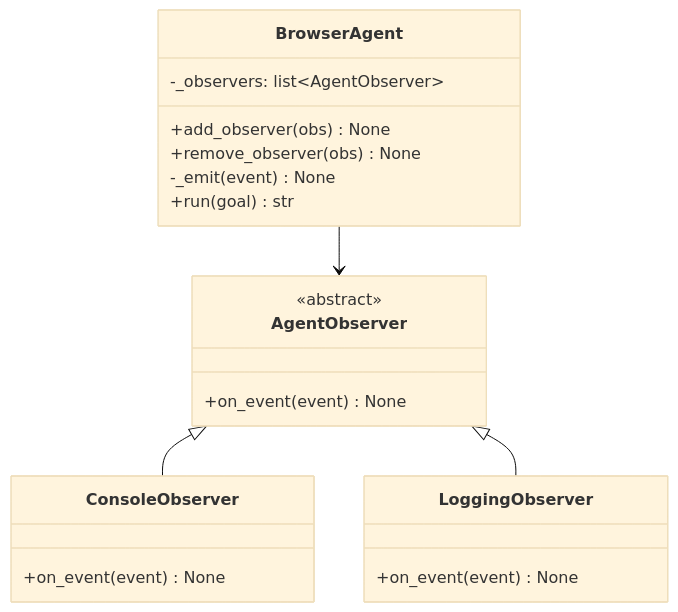
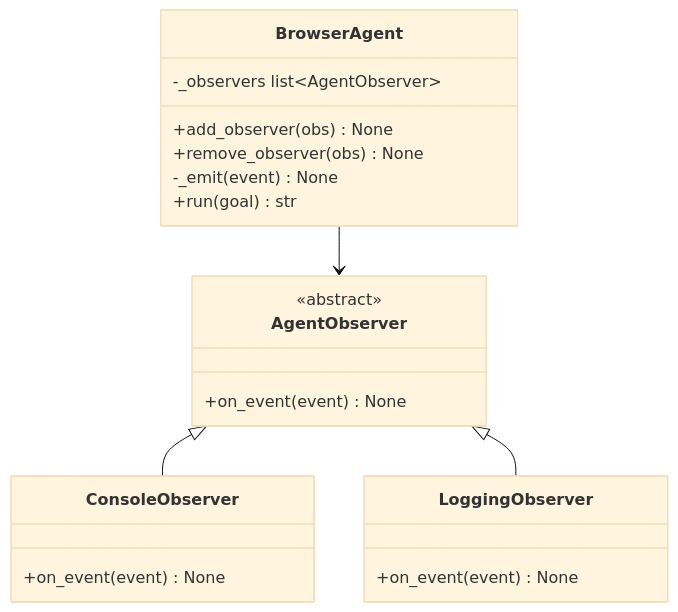
Before and after one commit to mattbriggs/this-or-that-agent: the fifth of 10 diagrams in site/design/software-design.md, drawn with Mermaid (base theme). The commit also changed other lines of this file and 11 other files, not shown here.

````diff
--- a/site/design/software-design.md
+++ b/site/design/software-design.md
@@ -82,23 +186,23 @@
 ```mermaid
 classDiagram
     class AgentObserver {
         <<abstract>>
         +on_event(event) None
     }
     class ConsoleObserver {
         +on_event(event) None
     }
     class LoggingObserver {
         +on_event(event) None
     }
     class BrowserAgent {
-        -_observers: list~AgentObserver~
+        -_observers list~AgentObserver~
         +add_observer(obs) None
         +remove_observer(obs) None
         -_emit(event) None
         +run(goal) str
     }
     AgentObserver <|-- ConsoleObserver
     AgentObserver <|-- LoggingObserver
     BrowserAgent --> AgentObserver
 ```
````
